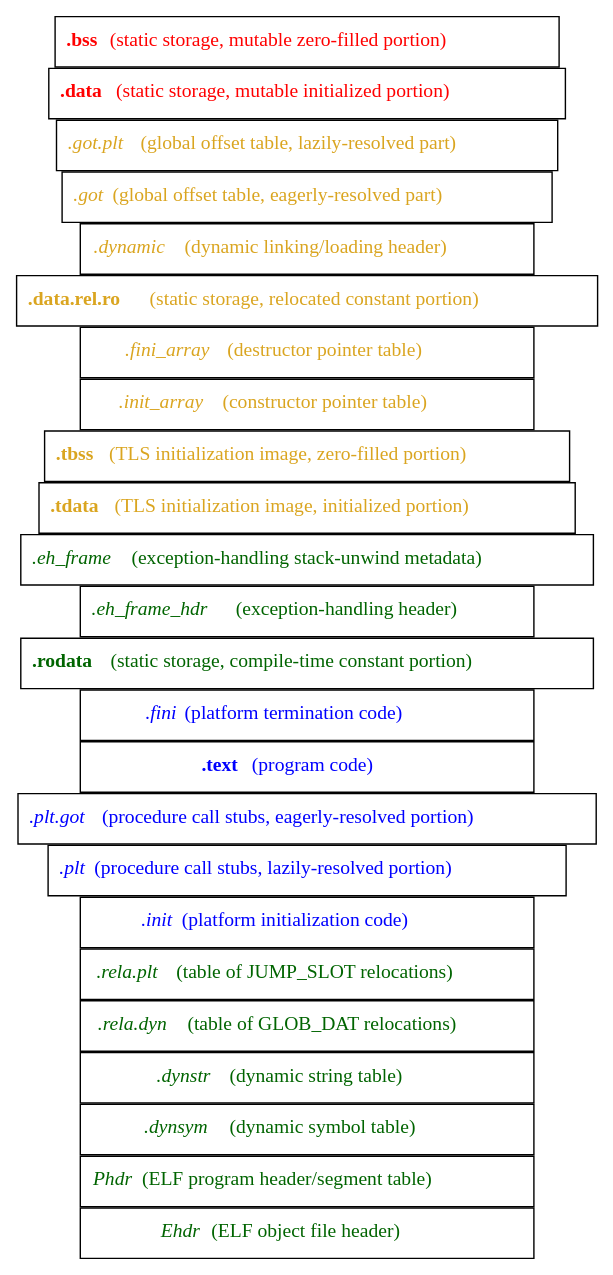
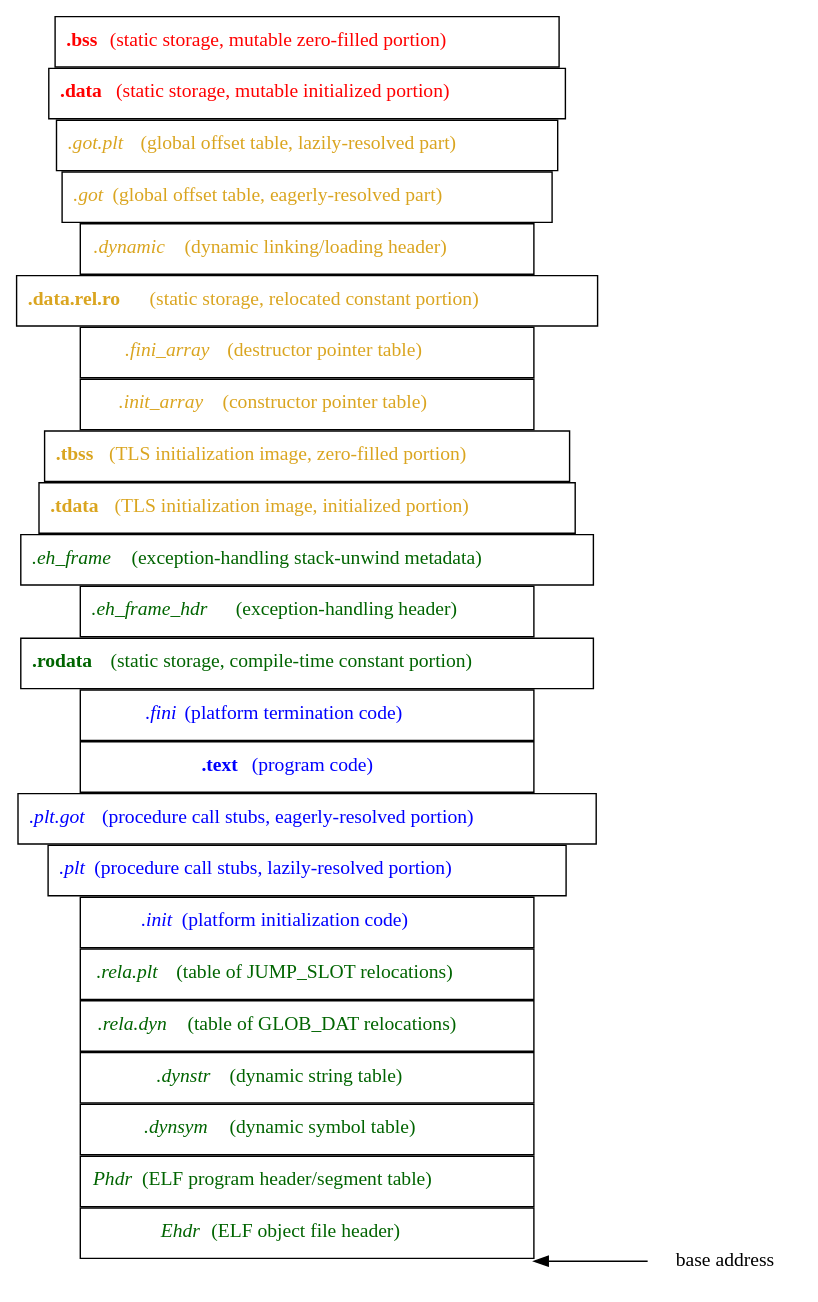
Before and after one commit to solb/thesis: the diagram in figs/procimg_perobj.dot, drawn with Graphviz. The commit also changed 1 other file, not shown here.

Commit message:
figs: Add base address pointers to the process image diagrams

```diff
--- a/figs/procimg_perobj.dot
+++ b/figs/procimg_perobj.dot
@@ -1,32 +1,36 @@
-strict graph {
+strict digraph {
 	nodesep=0;
 	rankdir=LR;
 	node [fontcolor=darkgreen];
 	node [shape=box];
 	node [width=4.5];
 
+	zero [shape=none, height=0, label=""];
 	ehdr [label=<<i>Ehdr</i> (ELF object file header)>];
 	phdr [label=<<i>Phdr</i> (ELF program header/segment table)>];
 	dynsym [label=<<i>.dynsym</i> (dynamic symbol table)>];
 	dynstr [label=<<i>.dynstr</i> (dynamic string table)>];
 	reladyn [label=<<i>.rela.dyn</i> (table of GLOB_DAT relocations)>];
 	relaplt [label=<<i>.rela.plt</i> (table of JUMP_SLOT relocations)>]; 
 	init [label=<<i>.init</i> (platform initialization code)>, fontcolor=blue];
 	plt [label=<<i>.plt</i> (procedure call stubs, lazily-resolved portion)>, fontcolor=blue];
 	pltgot [label=<<i>.plt.got</i> (procedure call stubs, eagerly-resolved portion)>, fontcolor=blue];
 	text [label=<<b>.text</b> (program code)>, fontcolor=blue];
 	fini [label=<<i>.fini</i> (platform termination code)>, fontcolor=blue];
 	rodata [label=<<b>.rodata</b> (static storage, compile-time constant portion)>];
 	eh_frame_hdr [label=<<i>.eh_frame_hdr</i> (exception-handling header)>];
 	eh_frame [label=<<i>.eh_frame</i> (exception-handling stack-unwind metadata)>];
 	tdata [label=<<b>.tdata</b> (TLS initialization image, initialized portion)>, fontcolor=goldenrod];
 	tbss [label=<<b>.tbss</b> (TLS initialization image, zero-filled portion)>, fontcolor=goldenrod];
 	init_array [label=<<i>.init_array</i> (constructor pointer table)>, fontcolor=goldenrod];
 	fini_array [label=<<i>.fini_array</i> (destructor pointer table)>, fontcolor=goldenrod];
 	datarelro [label=<<b>.data.rel.ro</b> (static storage, relocated constant portion)>, fontcolor=goldenrod];
 	dynamic [label=<<i>.dynamic</i> (dynamic linking/loading header)>, fontcolor=goldenrod];
 	got [label=<<i>.got</i> (global offset table, eagerly-resolved part)>, fontcolor=goldenrod];
 	gotplt [label=<<i>.got.plt</i> (global offset table, lazily-resolved part)>, fontcolor=goldenrod];
 	data [label=<<b>.data</b> (static storage, mutable initialized portion)>, fontcolor=red];
 	bss [label=<<b>.bss</b> (static storage, mutable zero-filled portion)>, fontcolor=red];
+
+	0 [shape=none, width=default, label="base address", fontcolor=default];
+	zero -> 0 [dir=back];
 }
```
